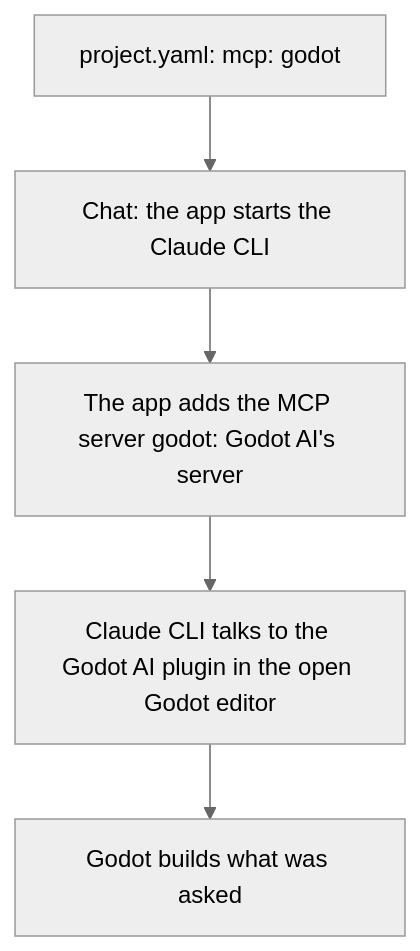
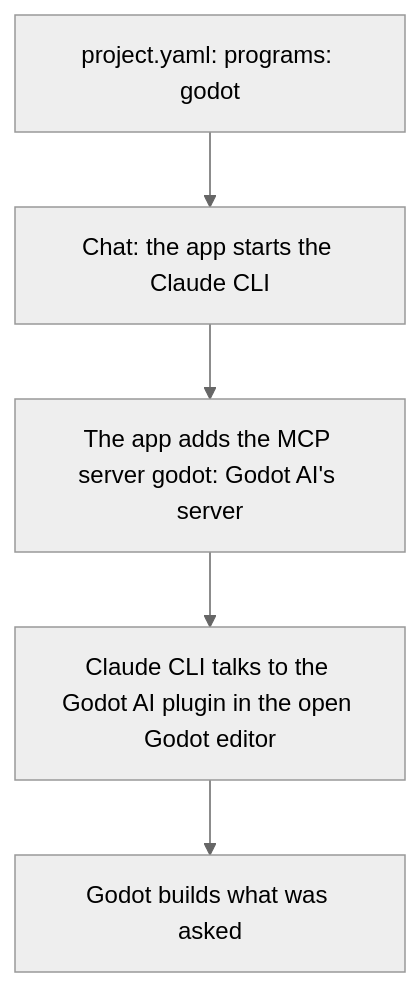
The diagram in docs/plans/GODOT.md (GFGMNET/Workspace), drawn with Mermaid (neutral theme) before and after one commit. The commit also changed other lines of this file and 6 other files, not shown here.

First line of the commit message:
MCP plans: switched on with programs: (approved), Ready 2 Deploy again

````diff
--- a/docs/plans/GODOT.md
+++ b/docs/plans/GODOT.md
@@ -65,7 +63,7 @@
 ```mermaid
 flowchart TD
-  A[project.yaml: mcp: godot] --> B[Chat: the app starts the Claude CLI]
+  A[project.yaml: programs: godot] --> B[Chat: the app starts the Claude CLI]
   B --> C[The app adds the MCP server godot: Godot AI's server]
   C --> D[Claude CLI talks to the Godot AI plugin in the open Godot editor]
   D --> E[Godot builds what was asked]
 ```
````
